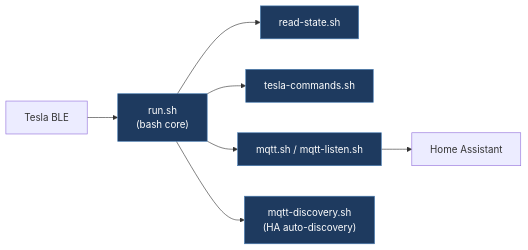
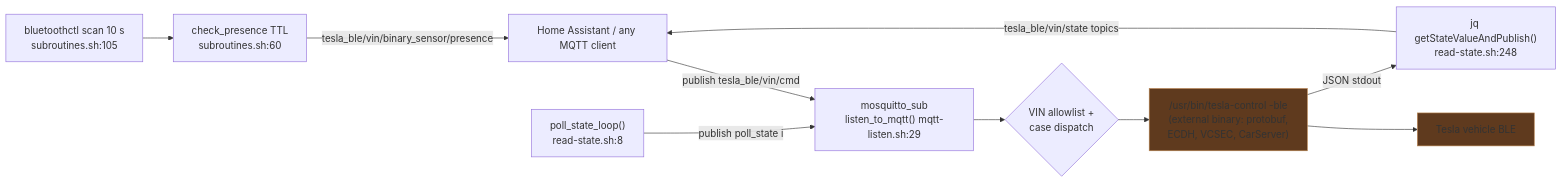
One commit to babico/TeslaCANModder changed the first of 5 diagrams in docs/legacy/tesla-local-control-tesla_ble_mqtt_core.md. Above: the diagram before and after it, drawn with Mermaid. The commit also changed other lines of this file and 99 other files, not shown here.

````diff
--- a/docs/legacy/tesla-local-control-tesla_ble_mqtt_core.md
+++ b/docs/legacy/tesla-local-control-tesla_ble_mqtt_core.md
@@ -14,11 +74,14 @@
 ```mermaid
 flowchart LR
-    Tesla["Tesla BLE"] --> Bash["run.sh<br/>(bash core)"]
-    Bash --> State["read-state.sh"]
-    Bash --> Cmd["tesla-commands.sh"]
-    Bash --> MQTT["mqtt.sh / mqtt-listen.sh"]
-    Bash --> Disc["mqtt-discovery.sh<br/>(HA auto-discovery)"]
-    MQTT --> HA["Home Assistant"]
-    classDef path fill:#1e3a5f,stroke:#4a7fb5,color:#fff
-    class Bash,State,Cmd,MQTT,Disc path
+    HA["Home Assistant / any MQTT client"] -->|publish tesla_ble/vin/cmd| Sub["mosquitto_sub<br/>listen_to_mqtt() mqtt-listen.sh:29"]
+    Sub --> Gate{VIN allowlist +<br/>case dispatch}
+    Gate --> TC["/usr/bin/tesla-control -ble<br/>(external binary: protobuf,<br/>ECDH, VCSEC, CarServer)"]
+    TC --> Car["Tesla vehicle BLE"]
+    Poll["poll_state_loop()<br/>read-state.sh:8"] -->|publish poll_state i| Sub
+    TC -->|JSON stdout| Parse["jq getStateValueAndPublish()<br/>read-state.sh:248"]
+    Parse -->|tesla_ble/vin/state topics| HA
+    Scan["bluetoothctl scan 10 s<br/>subroutines.sh:105"] --> Pres["check_presence TTL<br/>subroutines.sh:60"]
+    Pres -->|tesla_ble/vin/binary_sensor/presence| HA
+    classDef ext fill:#5f3a1e,stroke:#b57f4a
+    class TC,Car ext
 ```
````
